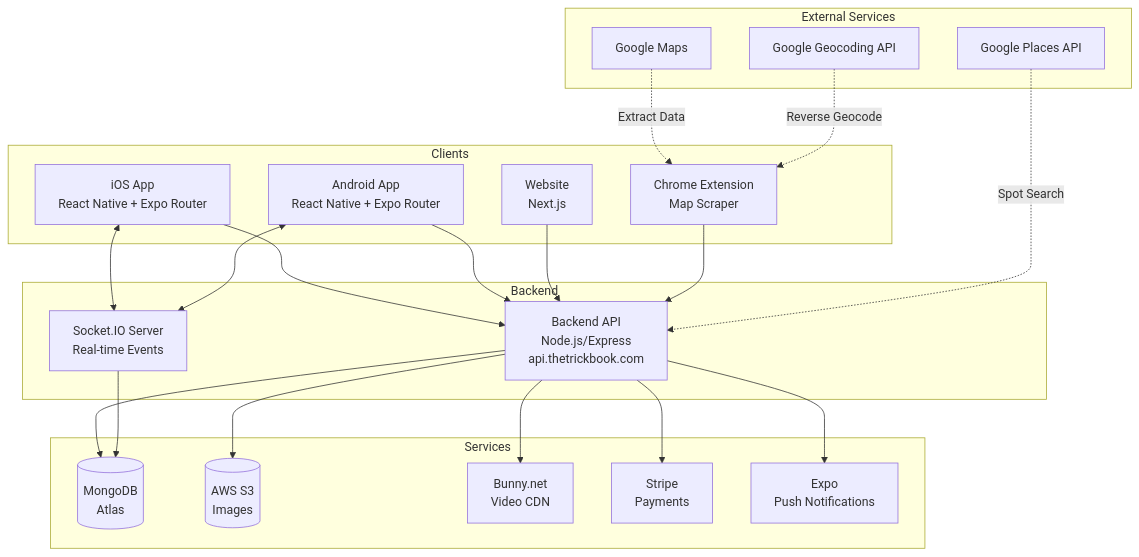
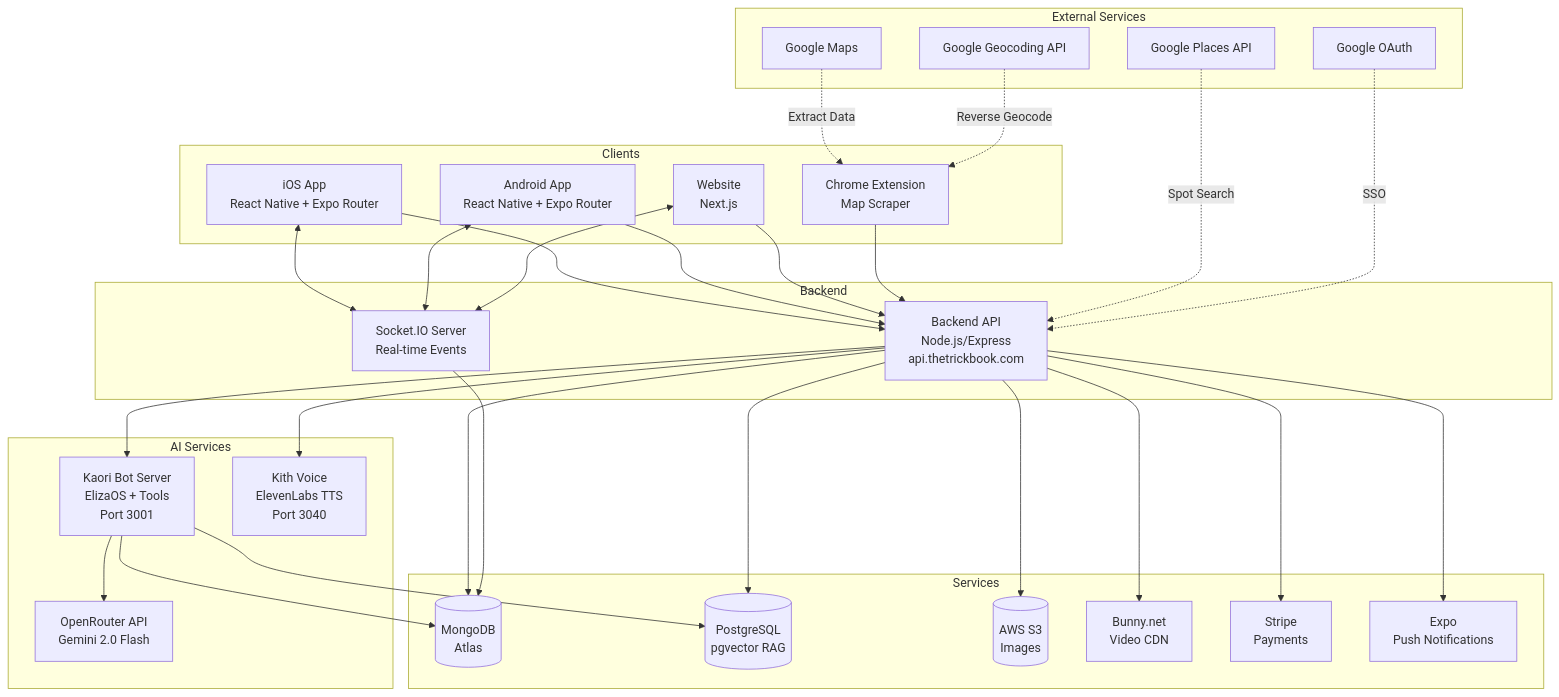
One commit to wbaxterh/TrickBookDocs changed the first of 3 diagrams in docs/architecture/overview.md. Above: the diagram before and after it, drawn with Mermaid. The commit also changed other lines of this file and 6 other files, not shown here.

First line of the commit message:
docs: add v3.1.0 release notes, ADRs, infrastructure docs, update architecture

````diff
--- a/docs/architecture/overview.md
+++ b/docs/architecture/overview.md
@@ -11,46 +11,63 @@
 ```mermaid
 flowchart TB
     subgraph Clients
         iOS[iOS App<br/>React Native + Expo Router]
         Android[Android App<br/>React Native + Expo Router]
         Web[Website<br/>Next.js]
         Extension[Chrome Extension<br/>Map Scraper]
     end
 
     subgraph External["External Services"]
         GoogleMaps[Google Maps]
         GeoAPI[Google Geocoding API]
         GooglePlaces[Google Places API]
+        GoogleOAuth[Google OAuth]
+    end
+
+    subgraph AI["AI Services"]
+        KaoriBot[Kaori Bot Server<br/>ElizaOS + Tools<br/>Port 3001]
+        OpenRouter[OpenRouter API<br/>Gemini 2.0 Flash]
+        KithVoice[Kith Voice<br/>ElevenLabs TTS<br/>Port 3040]
     end
 
     subgraph Backend
         API[Backend API<br/>Node.js/Express<br/>api.thetrickbook.com]
         SocketIO[Socket.IO Server<br/>Real-time Events]
     end
 
     subgraph Services
         MongoDB[(MongoDB<br/>Atlas)]
+        Postgres[(PostgreSQL<br/>pgvector RAG)]
         S3[(AWS S3<br/>Images)]
         Bunny[Bunny.net<br/>Video CDN]
         Stripe[Stripe<br/>Payments]
         Expo[Expo<br/>Push Notifications]
     end
 
     iOS --> API
     iOS <--> SocketIO
     Android --> API
     Android <--> SocketIO
     Web --> API
+    Web <--> SocketIO
     Extension --> API
 
     GoogleMaps -.->|Extract Data| Extension
     GeoAPI -.->|Reverse Geocode| Extension
     GooglePlaces -.->|Spot Search| API
+    GoogleOAuth -.->|SSO| API
+
+    API --> KaoriBot
+    KaoriBot --> OpenRouter
+    KaoriBot --> MongoDB
+    KaoriBot --> Postgres
+    API --> KithVoice
 
     API --> MongoDB
+    API --> Postgres
     API --> S3
     API --> Bunny
     API --> Stripe
     API --> Expo
     SocketIO --> MongoDB
 ```
````
